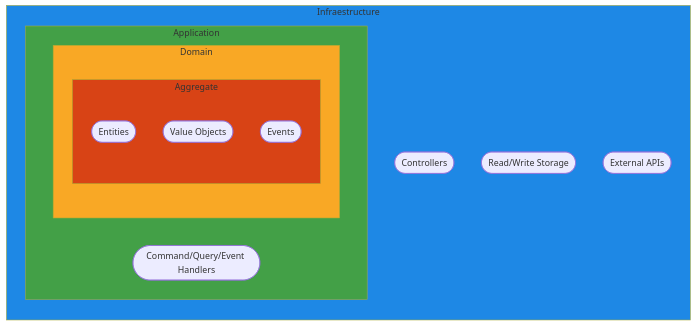
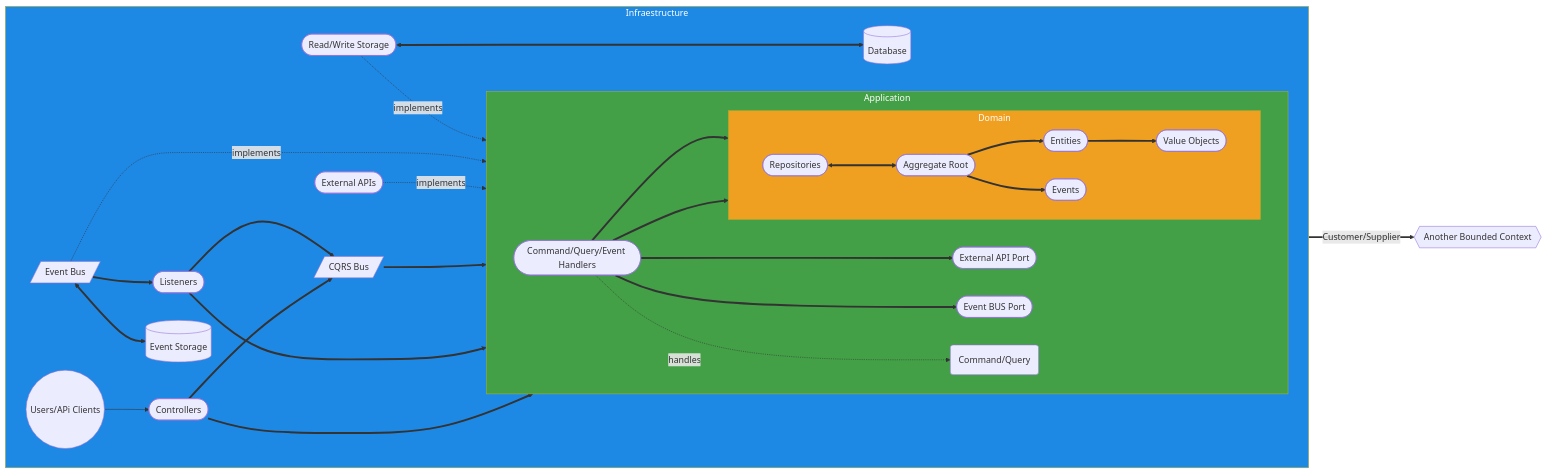
Before and after one commit to juanjmerono/faker: the third of 6 diagrams in README.md, drawn with Mermaid. The commit also changed other lines of this file and 3 other files, not shown here.

````diff
--- a/README.md
+++ b/README.md
@@ -141,25 +156,49 @@
 ```mermaid
-flowchart TB
+flowchart LR
+    i99{{Another Bounded Context}}
     subgraph id1 [Infraestructure]
-        direction TB
+    direction LR
+        i3([External APIs])
+        u0((Users/APi Clients))
         i1([Controllers])
+        i11[/CQRS Bus/]
+        i10([Listeners])
+        i12[/Event Bus/]
+        i121[(Event Storage)]
+        i2([Read/Write Storage])
+        i21[(Database)]
         subgraph id2 [Application]
+        direction LR
+            n0(Command/Query)
             n1([Command/Query/Event Handlers])
             subgraph id3 [Domain]
-                direction TB
-                subgraph id4 [Aggregate]
-                    direction TB
-                    d1([Entities])
-                    d2([Value Objects])
-                    d3([Events])
-                end
+            direction LR
+                d4([Repositories])
+                d0([Aggregate Root])
+                d1([Entities])
+                d2([Value Objects])
+                d3([Events])
             end
+            n2([External API Port])
+            n3([Event BUS Port])
         end
-        i2([Read/Write Storage])
-        i3([External APIs])
+        d0==>d1 & d3
+        d1==>d2
+        d4<==>d0
+        u0-->i1
+        i1 & i10==>i11 & n0
+        i2<==>i21
+        i11==>n1
+        n1==>d4 & n2 & n3 & d0
+        i2-.implements.->d4
+        i3-.implements.->n2
+        n1-.handles.->n0
+        i12-.implements.->n3
+        i12<==>i121
+        i12==>i10
     end
-    style id1 fill:#1E88E5
-    style id2 fill:#43A047
-    style id3 fill:#F9A825
-    style id4 fill:#D84315
+    i3== Customer/Supplier ==>i99
+    style id1 fill:#1E88E5,color:#fff
+    style id2 fill:#43A047,color:#fff
+    style id3 fill:#F0A020,color:#fff
 ```
````
